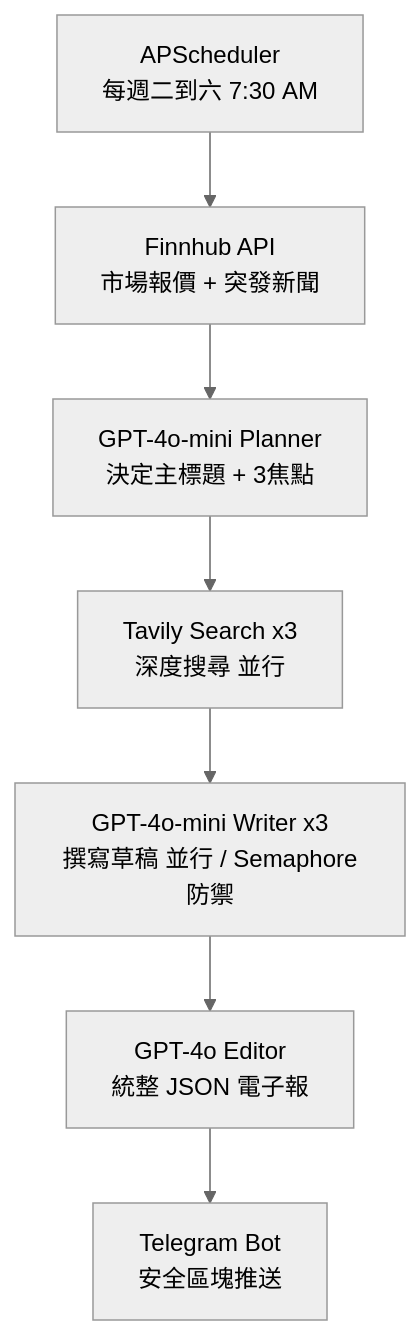
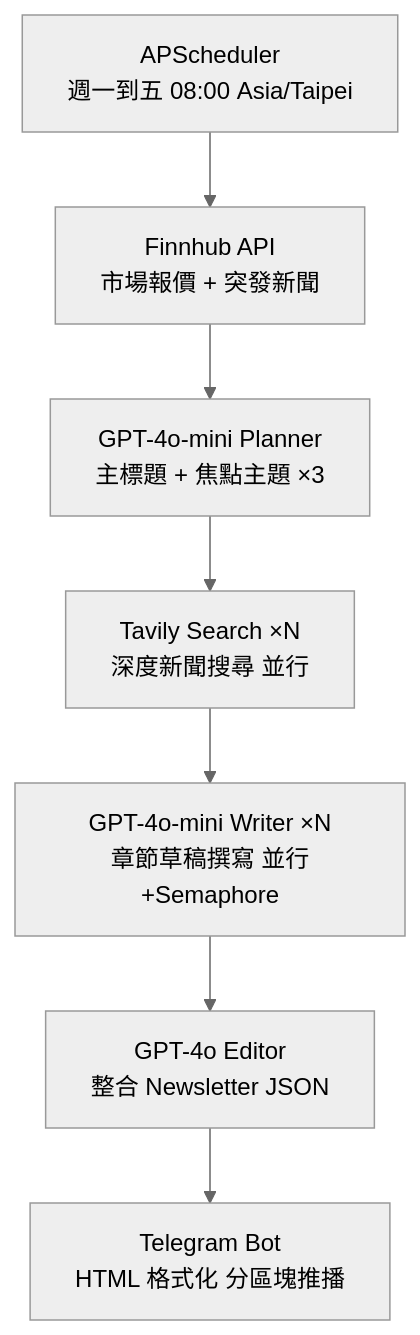
One commit to jack926509/us-stock-newsletter changed the diagram in README.md. Above: the diagram before and after it, drawn with Mermaid (neutral theme). The commit also changed other lines of this file, not shown here.

First line of the commit message:
更新 README：完整工作流程文件與未來優化路線圖

````diff
--- a/README.md
+++ b/README.md
@@ -15,9 +47,10 @@
 ```mermaid
 graph TD
-    A[APScheduler<br>每週二到六 7:30 AM] --> B[Finnhub API<br>市場報價 + 突發新聞]
-    B --> C[GPT-4o-mini Planner<br>決定主標題 + 3焦點]
-    C --> D[Tavily Search x3<br>深度搜尋 並行]
-    D --> E[GPT-4o-mini Writer x3<br>撰寫草稿 並行 / Semaphore防禦]
-    E --> F[GPT-4o Editor<br>統整 JSON 電子報]
-    F --> G[Telegram Bot<br>安全區塊推送]
+    A[APScheduler<br/>週一到五 08:00 Asia/Taipei] --> B
+    B[Finnhub API<br/>市場報價 + 突發新聞] --> C
+    C[GPT-4o-mini Planner<br/>主標題 + 焦點主題 ×3] --> D
+    D[Tavily Search ×N<br/>深度新聞搜尋 並行] --> E
+    E[GPT-4o-mini Writer ×N<br/>章節草稿撰寫 並行+Semaphore] --> F
+    F[GPT-4o Editor<br/>整合 Newsletter JSON] --> G
+    G[Telegram Bot<br/>HTML 格式化 分區塊推播]
 ```
````
